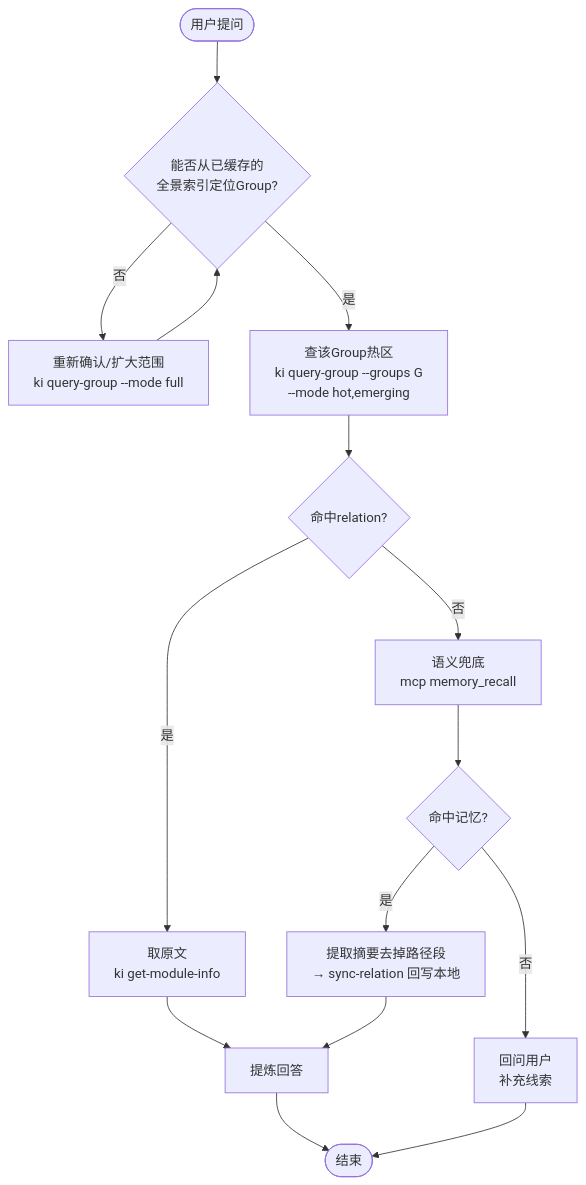
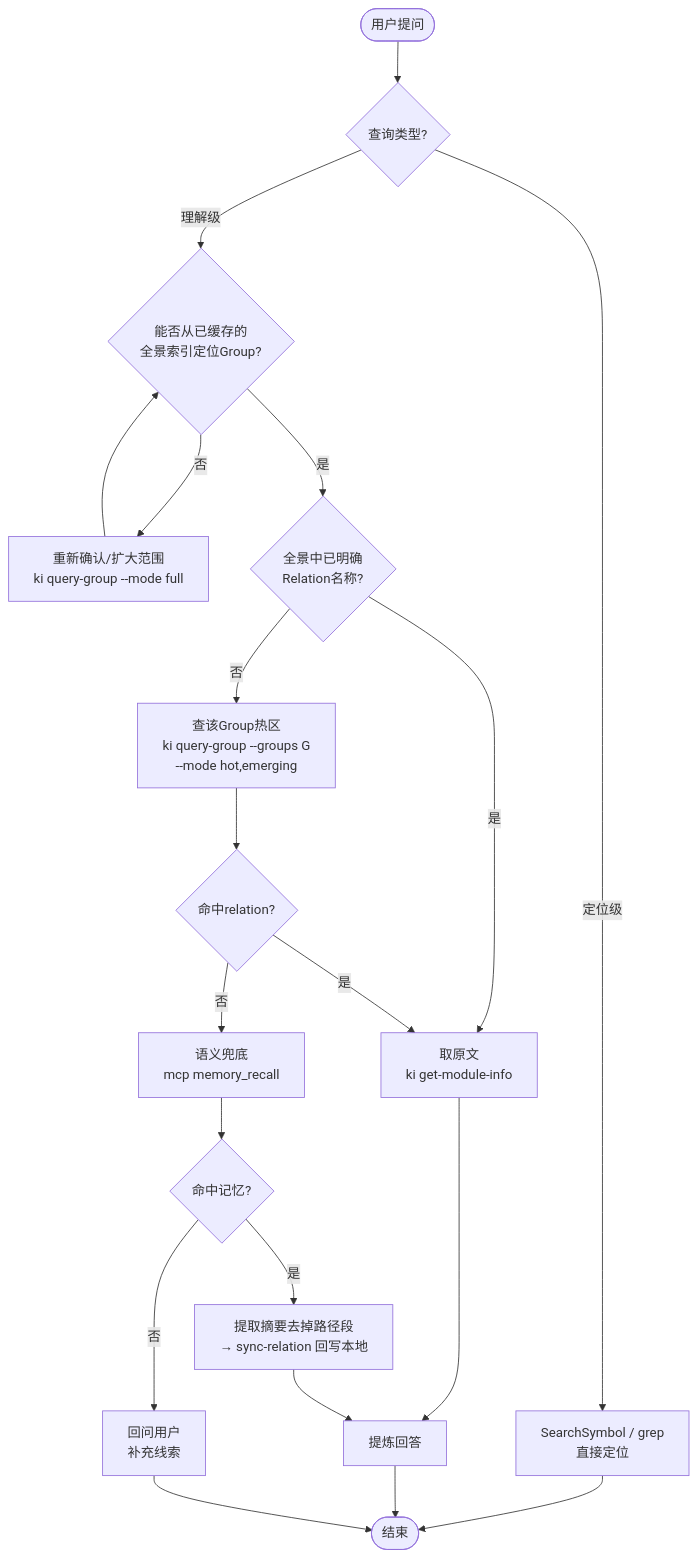
Before and after one commit to HACK-WU/knowledge-indexer: the diagram in rules/ai-codekb-memory-rules.md, drawn with Mermaid. The commit also changed other lines of this file, not shown here.

````diff
--- a/rules/ai-codekb-memory-rules.md
+++ b/rules/ai-codekb-memory-rules.md
@@ -112,17 +130,22 @@
 ```mermaid
 flowchart TD
-    A([用户提问]) --> B{能否从已缓存的<br/>全景索引定位Group?}
+    A([用户提问]) --> Z{查询类型?}
+    Z -- 定位级 --> Z1[SearchSymbol / grep<br/>直接定位]
+    Z1 --> H([结束])
+    Z -- 理解级 --> B{能否从已缓存的<br/>全景索引定位Group?}
     B -- 否 --> C[重新确认/扩大范围<br/>ki query-group --mode full]
     C --> B
-    B -- 是 --> D[查该Group热区<br/>ki query-group --groups G<br/>--mode hot,emerging]
+    B -- 是 --> P{全景中已明确<br/>Relation名称?}
+    P -- 是 --> F[取原文<br/>ki get-module-info]
+    P -- 否 --> D[查该Group热区<br/>ki query-group --groups G<br/>--mode hot,emerging]
     D --> E{命中relation?}
-    E -- 是 --> F[取原文<br/>ki get-module-info]
+    E -- 是 --> F
     F --> G[提炼回答]
-    G --> H([结束])
+    G --> H
     E -- 否 --> I[语义兜底<br/>mcp memory_recall]
     I --> J{命中记忆?}
     J -- 是 --> K[提取摘要去掉路径段<br/>→ sync-relation 回写本地]
     K --> G
     J -- 否 --> L[回问用户<br/>补充线索]
     L --> H
 ```
````
